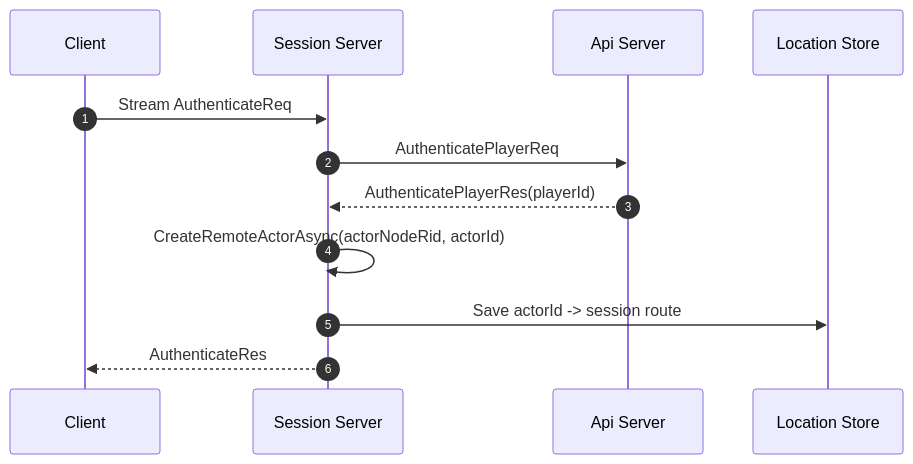
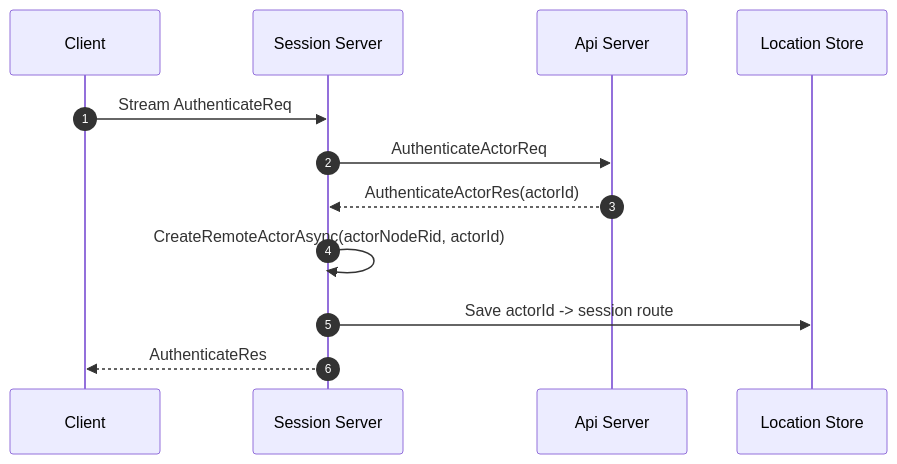
Before and after one commit to kairos-code-dev/zlink: the third of 7 diagrams in framework/doc/spec/sample/tictactoe/session-gateway.ko.md, drawn with Mermaid. The commit also changed other lines of this file and 138 other files, not shown here.

````diff
--- a/framework/doc/spec/sample/tictactoe/session-gateway.ko.md
+++ b/framework/doc/spec/sample/tictactoe/session-gateway.ko.md
@@ -223,15 +231,15 @@
 ```mermaid
 sequenceDiagram
     autonumber
     participant C as Client
     participant S as Session Server
     participant API as Api Server
     participant STORE as Location Store
 
     C->>S: Stream AuthenticateReq
-    S->>API: AuthenticatePlayerReq
-    API-->>S: AuthenticatePlayerRes(playerId)
+    S->>API: AuthenticateActorReq
+    API-->>S: AuthenticateActorRes(actorId)
     S->>S: CreateRemoteActorAsync(actorNodeRid, actorId)
     S->>STORE: Save actorId -> session route
     S-->>C: AuthenticateRes
 ```
````
